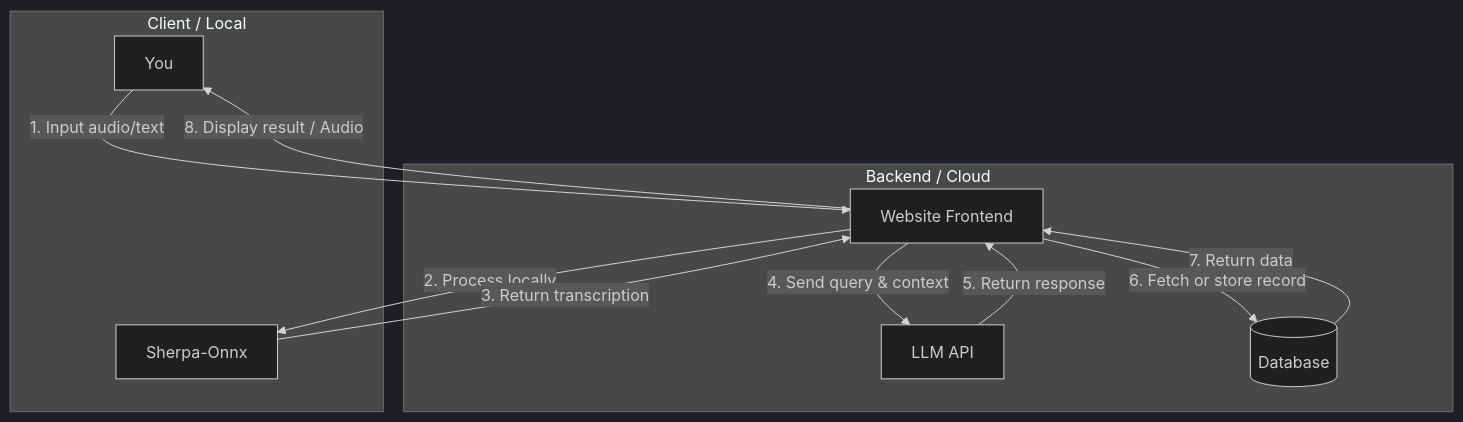
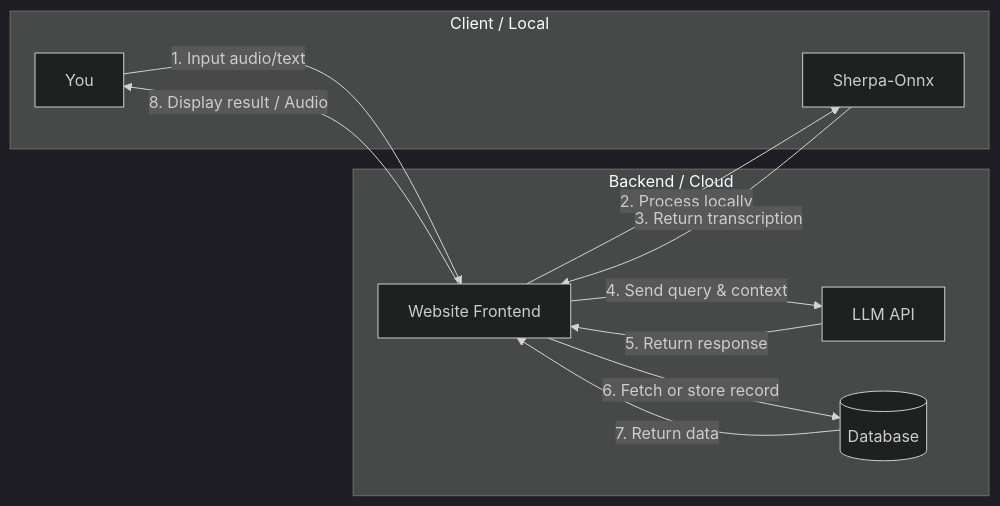
Before and after one commit to HelamanWarrior/cs260-startup: the first of 2 diagrams in README.md, drawn with Mermaid (dark theme).

Commit message:
changing to horizonal layout for the mermaid diagram

````diff
--- a/README.md
+++ b/README.md
@@ -21,22 +21,22 @@
 ```mermaid
-graph TD
+graph LR
   subgraph Client / Local
     You[You]
     Sherpa[Sherpa-Onnx]
   end
 
   subgraph Backend / Cloud
     Web[Website Frontend]
     LLM[LLM API]
     DB[(Database)]
   end
 
   You -->|1. Input audio/text| Web
   Web -->|2. Process locally| Sherpa
   Sherpa -->|3. Return transcription| Web
   Web -->|4. Send query & context | LLM
   LLM -->|5. Return response| Web
   Web -->|6. Fetch or store record| DB
   DB -->|7. Return data| Web
   Web -->|8. Display result / Audio| You
 ```
````
